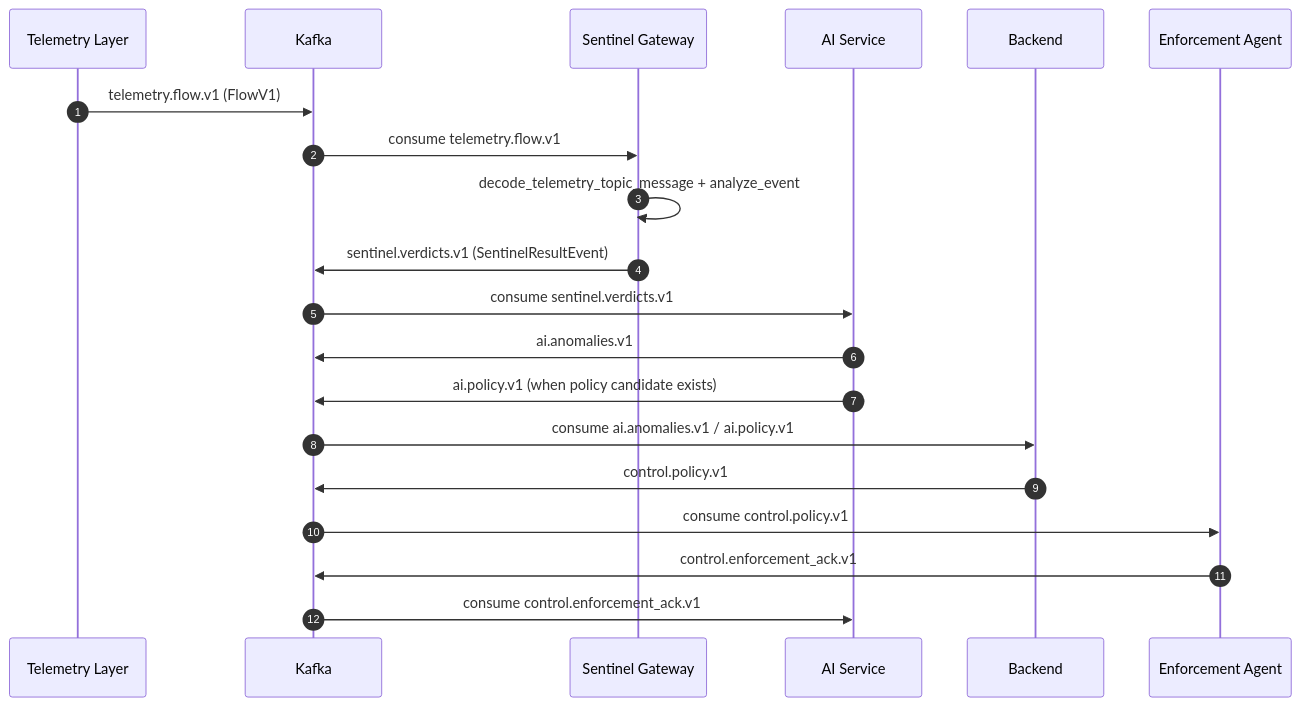
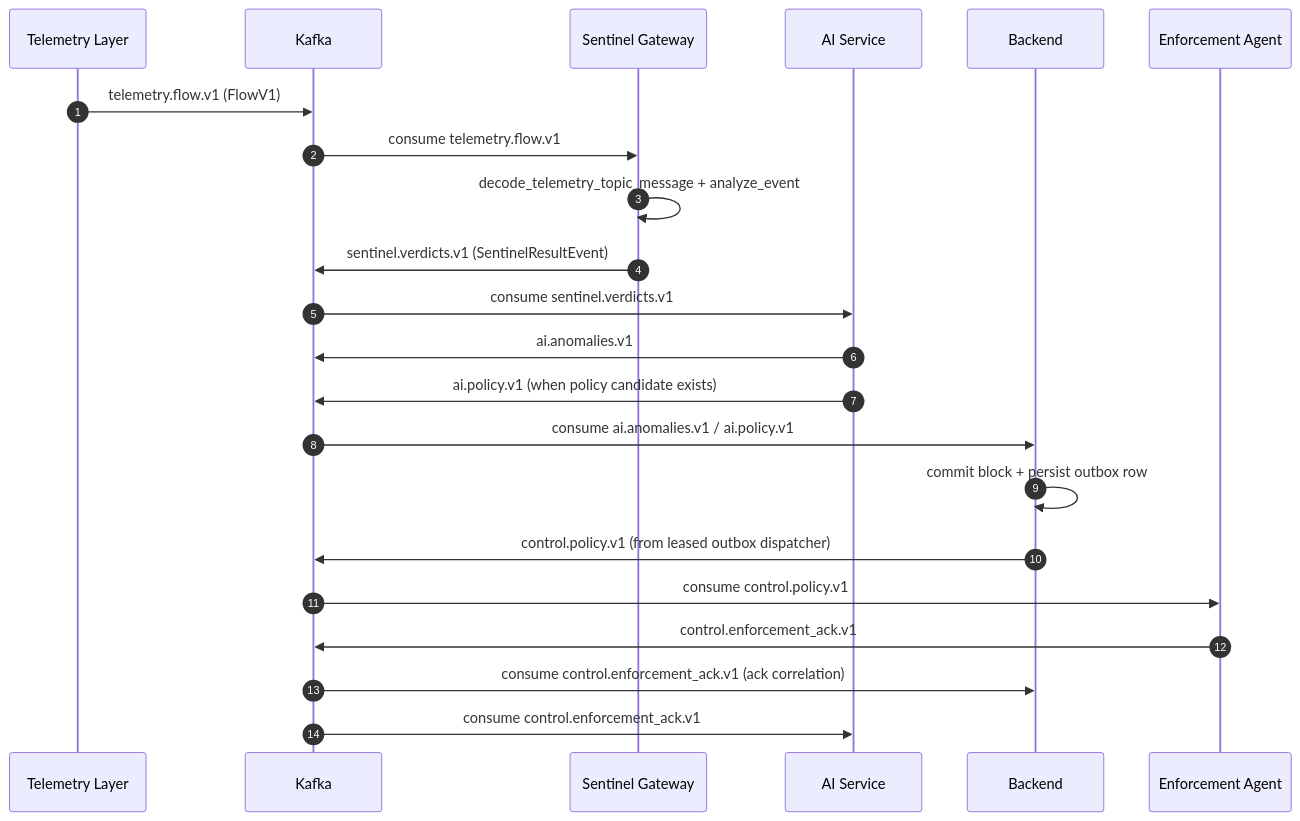
Before and after one commit to EveShark/CyberMesh: the third of 3 diagrams in docs/architecture/13_sentinel_integration.md, drawn with Mermaid. The commit also changed other lines of this file and 13 other files, not shown here.

Commit message:
Update architecture and design documentation

````diff
--- a/docs/architecture/13_sentinel_integration.md
+++ b/docs/architecture/13_sentinel_integration.md
@@ -90,25 +92,27 @@
 ```mermaid
 sequenceDiagram
     autonumber
     participant TL as Telemetry Layer
     participant K as Kafka
     participant S as Sentinel Gateway
     participant AI as AI Service
     participant BE as Backend
     participant EA as Enforcement Agent
 
     TL->>K: telemetry.flow.v1 (FlowV1)
     K->>S: consume telemetry.flow.v1
     S->>S: decode_telemetry_topic_message + analyze_event
     S->>K: sentinel.verdicts.v1 (SentinelResultEvent)
 
     K->>AI: consume sentinel.verdicts.v1
     AI->>K: ai.anomalies.v1
     AI->>K: ai.policy.v1 (when policy candidate exists)
 
     K->>BE: consume ai.anomalies.v1 / ai.policy.v1
-    BE->>K: control.policy.v1
+    BE->>BE: commit block + persist outbox row
+    BE->>K: control.policy.v1 (from leased outbox dispatcher)
     K->>EA: consume control.policy.v1
     EA->>K: control.enforcement_ack.v1
+    K->>BE: consume control.enforcement_ack.v1 (ack correlation)
     K->>AI: consume control.enforcement_ack.v1
 ```
````
